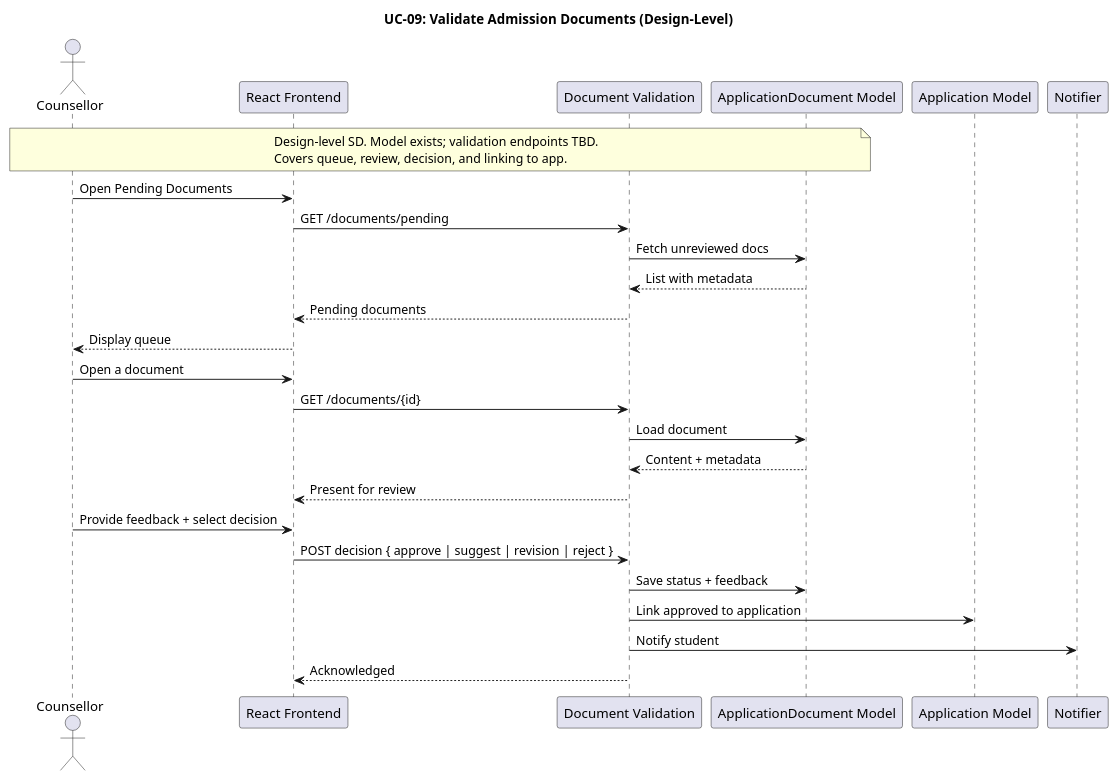
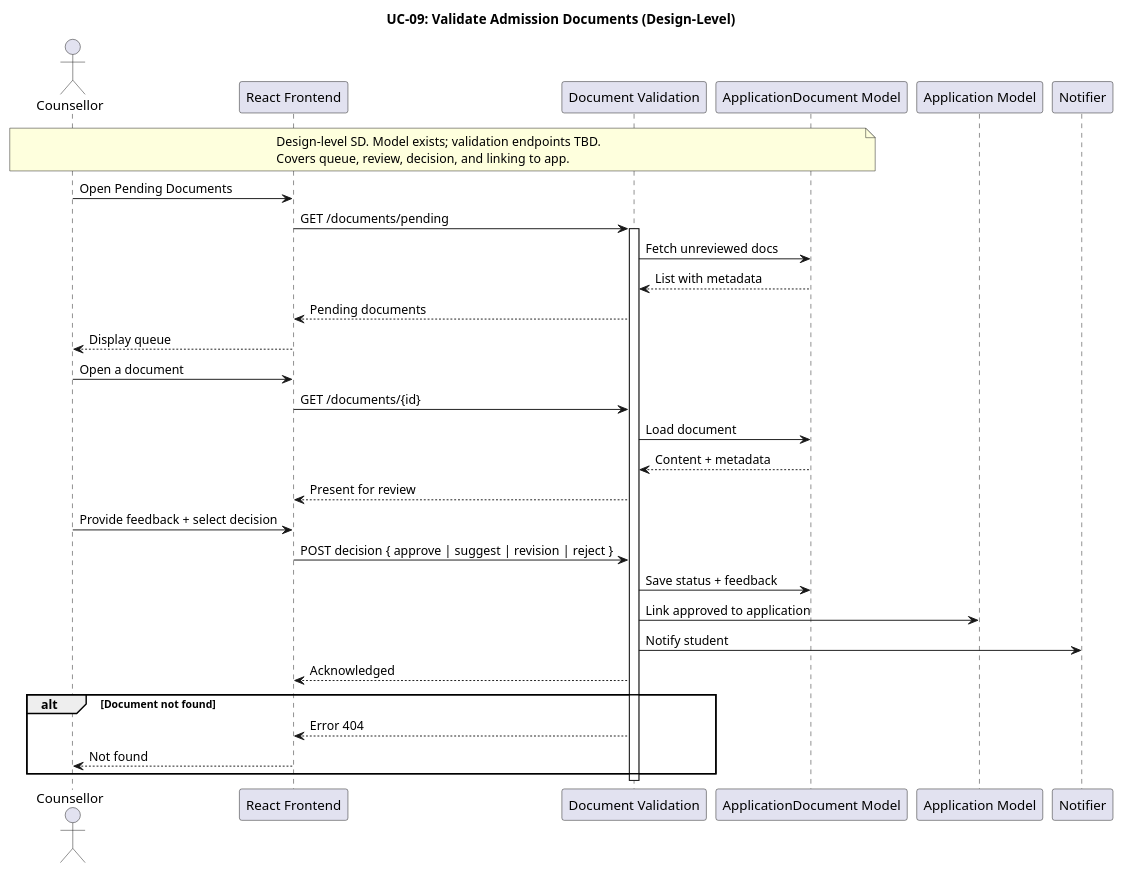
Before and after one commit to MMMustafakamran/SDs: the diagram in planttext/uc09-validate-documents.puml, drawn with PlantUML. The commit also changed 18 other files, not shown here.

```diff
--- a/planttext/uc09-validate-documents.puml
+++ b/planttext/uc09-validate-documents.puml
@@ -1,41 +1,49 @@
 @startuml
 title UC-09: Validate Admission Documents (Design-Level)
 
 actor Counsellor
 participant Frontend as "React Frontend"
 participant ValidationAPI as "Document Validation"
 participant ApplicationDocument as "ApplicationDocument Model"
 participant Application as "Application Model"
 participant Notification as "Notifier"
 
 note over Counsellor, ApplicationDocument
 Design-level SD. Model exists; validation endpoints TBD.
 Covers queue, review, decision, and linking to app.
 end note
 
 '======================
 ' Open validation queue
 '======================
 Counsellor -> Frontend : Open Pending Documents
 Frontend -> ValidationAPI : GET /documents/pending
+activate ValidationAPI
 ValidationAPI -> ApplicationDocument : Fetch unreviewed docs
 ApplicationDocument --> ValidationAPI : List with metadata
 ValidationAPI --> Frontend : Pending documents
 Frontend --> Counsellor : Display queue
 
 '======================
 ' Review and decide
 '======================
 Counsellor -> Frontend : Open a document
 Frontend -> ValidationAPI : GET /documents/{id}
 ValidationAPI -> ApplicationDocument : Load document
 ApplicationDocument --> ValidationAPI : Content + metadata
 ValidationAPI --> Frontend : Present for review
 Counsellor -> Frontend : Provide feedback + select decision
 Frontend -> ValidationAPI : POST decision { approve | suggest | revision | reject }
 ValidationAPI -> ApplicationDocument : Save status + feedback
 ValidationAPI -> Application : Link approved to application
 ValidationAPI -> Notification : Notify student
 ValidationAPI --> Frontend : Acknowledged
 
+alt Document not found
+    ValidationAPI --> Frontend : Error 404
+    Frontend --> Counsellor : Not found
+end
+
+deactivate ValidationAPI
+
 @enduml
```
